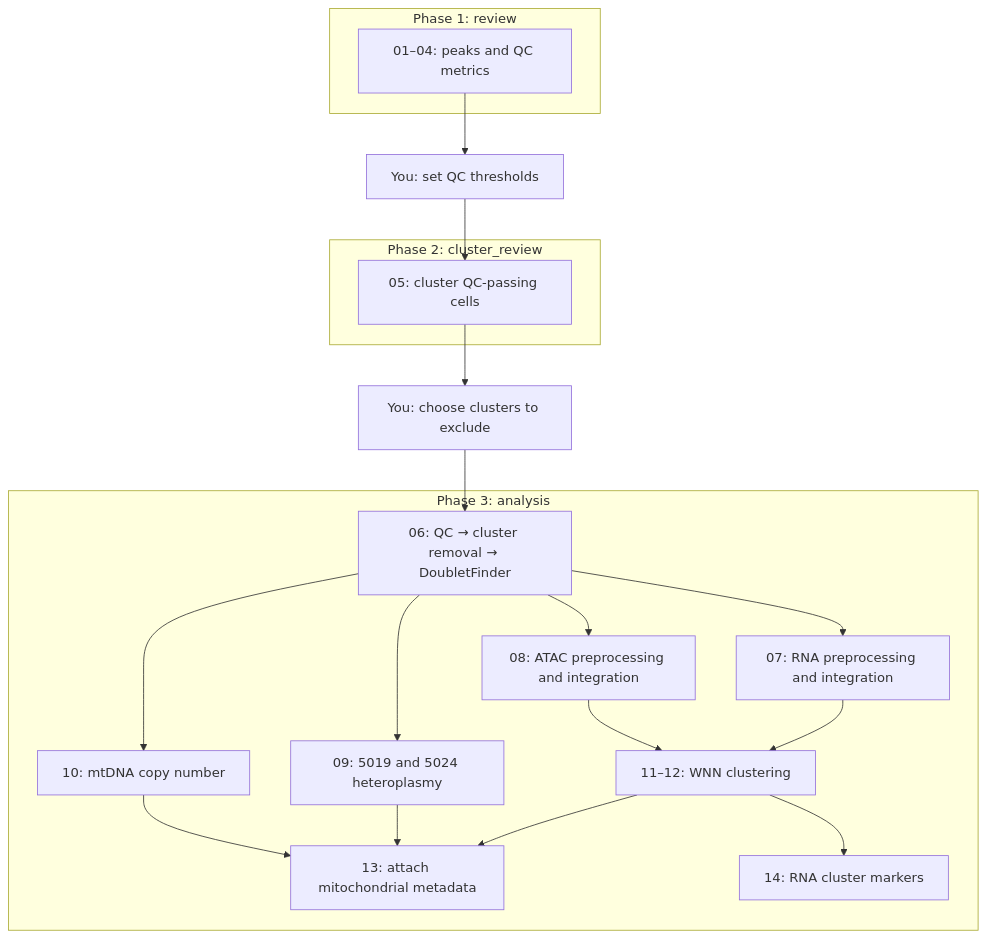
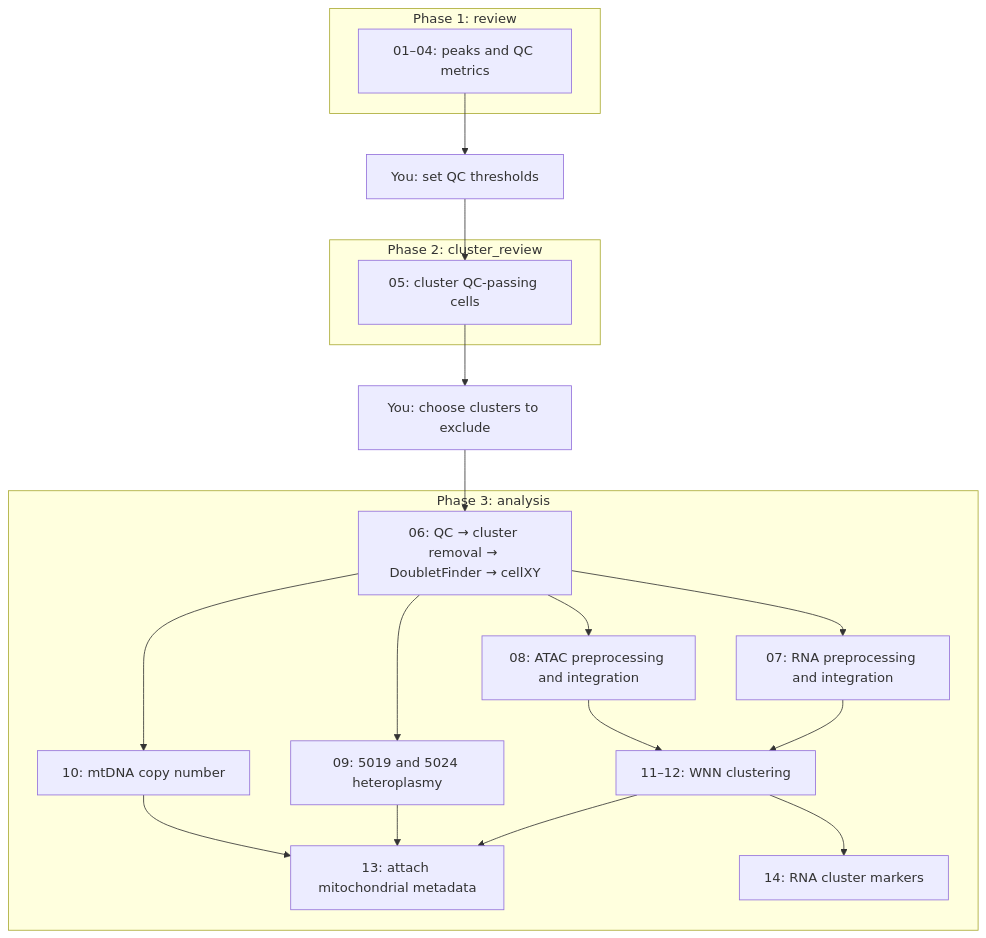
The diagram in README.md (YuelinYao/Stage_Multiome_Nextflow), drawn with Mermaid before and after one commit. The commit also changed other lines of this file and 12 other files, not shown here.

````diff
--- a/README.md
+++ b/README.md
@@ -86,26 +86,26 @@
 ```mermaid
 flowchart TD
   subgraph P1["Phase 1: review"]
     REVIEW["01–04: peaks and QC metrics"]
   end
   REVIEW --> THRESHOLDS["You: set QC thresholds"]
   subgraph P2["Phase 2: cluster_review"]
     CLUSTER_REVIEW["05: cluster QC-passing cells"]
   end
   THRESHOLDS --> CLUSTER_REVIEW
   CLUSTER_REVIEW --> EXCLUSIONS["You: choose clusters to exclude"]
   subgraph P3["Phase 3: analysis"]
-    QC["06: QC → cluster removal → DoubletFinder"]
+    QC["06: QC → cluster removal → DoubletFinder → cellXY"]
     QC --> RNA["07: RNA preprocessing and integration"]
     QC --> ATAC["08: ATAC preprocessing and integration"]
     QC --> MGATK["09: 5019 and 5024 heteroplasmy"]
     QC --> CN["10: mtDNA copy number"]
     RNA --> WNN["11–12: WNN clustering"]
     ATAC --> WNN
     WNN --> ADD["13: attach mitochondrial metadata"]
     MGATK --> ADD
     CN --> ADD
     WNN --> DEG["14: RNA cluster markers"]
   end
   EXCLUSIONS --> QC
 ```
````
